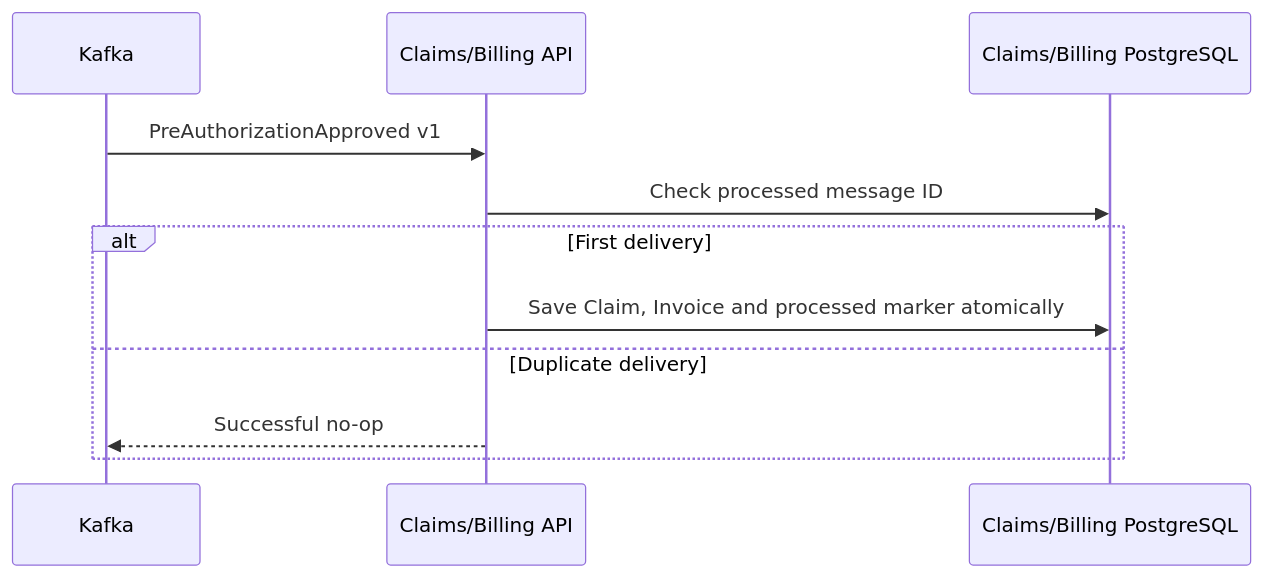
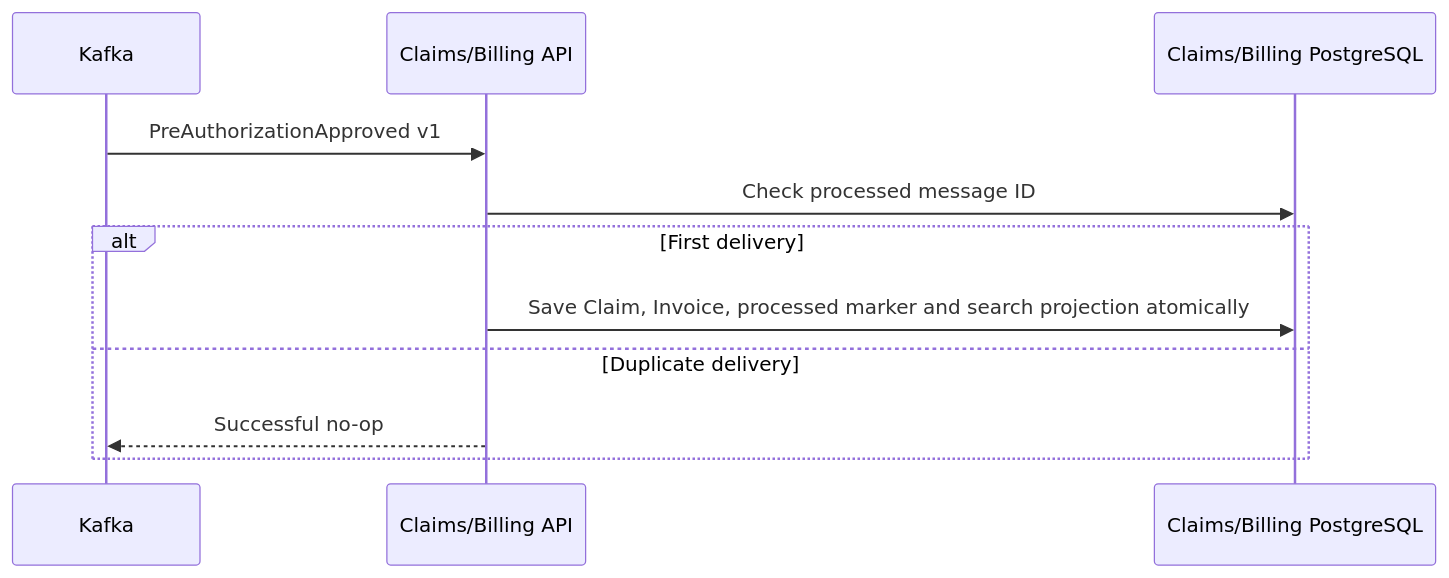
The third of 3 diagrams in docs/architecture/claims-billing-service.md (aydindemir1/health-insurance-platform), drawn with Mermaid before and after one commit. The commit also changed other lines of this file and 23 other files, not shown here.

````diff
--- a/docs/architecture/claims-billing-service.md
+++ b/docs/architecture/claims-billing-service.md
@@ -41,13 +41,13 @@
 ```mermaid
 sequenceDiagram
     participant K as Kafka
     participant C as Claims/Billing API
     participant DB as Claims/Billing PostgreSQL
     K->>C: PreAuthorizationApproved v1
     C->>DB: Check processed message ID
     alt First delivery
-        C->>DB: Save Claim, Invoice and processed marker atomically
+        C->>DB: Save Claim, Invoice, processed marker and search projection atomically
     else Duplicate delivery
         C-->>K: Successful no-op
     end
 ```
````
